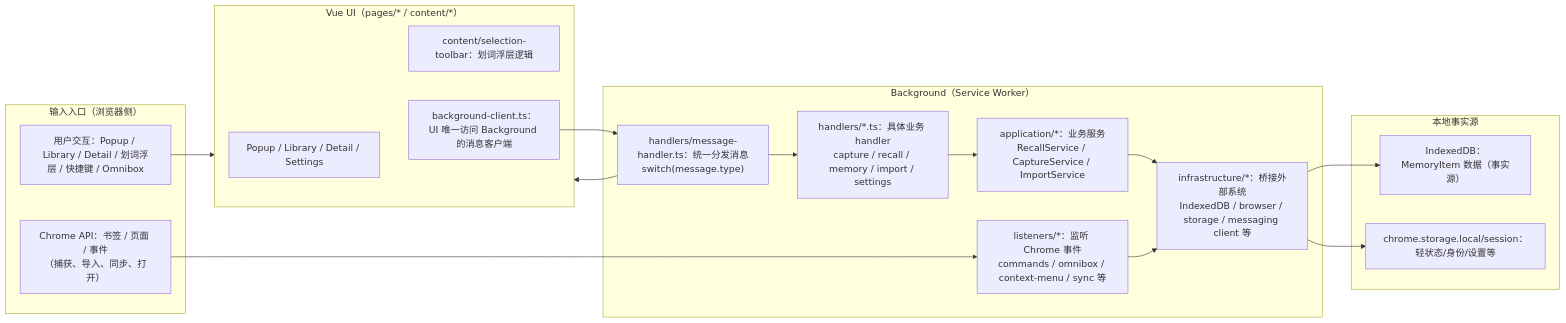
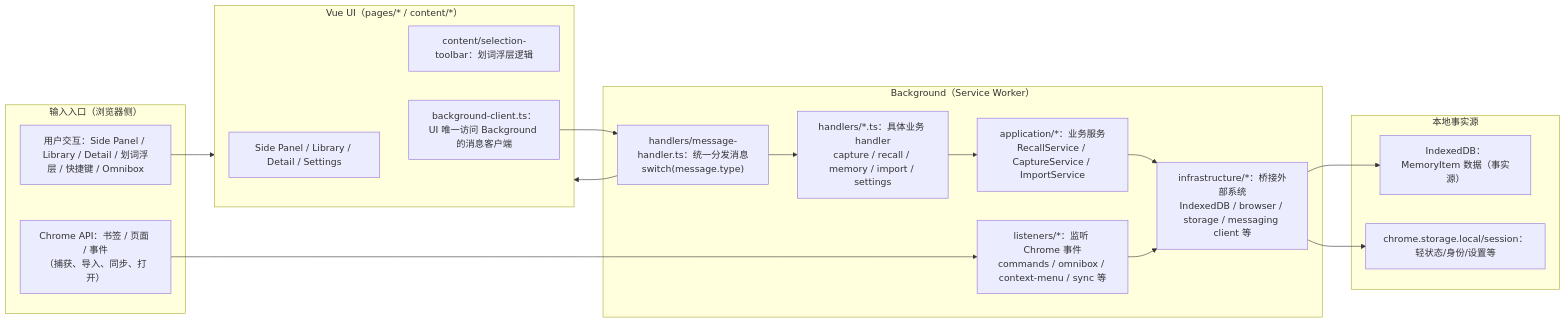
Before and after one commit to yiveno/yiveno: the first of 5 diagrams in docs/architecture/Yiveno-运行时架构流程-v1.md, drawn with Mermaid. The commit also changed other lines of this file and 5 other files, not shown here.

````diff
--- a/docs/architecture/Yiveno-运行时架构流程-v1.md
+++ b/docs/architecture/Yiveno-运行时架构流程-v1.md
@@ -31,40 +31,40 @@
 ```mermaid
 flowchart LR
   subgraph Input["输入入口（浏览器侧）"]
     I1["Chrome API：书签 / 页面 / 事件<br/>（捕获、导入、同步、打开）"]
-    I2["用户交互：Popup / Library / Detail / 划词浮层 / 快捷键 / Omnibox"]
+    I2["用户交互：Side Panel / Library / Detail / 划词浮层 / 快捷键 / Omnibox"]
   end
 
   subgraph BG["Background（Service Worker）"]
     B1["listeners/*：监听 Chrome 事件<br/>commands / omnibox / context-menu / sync 等"]
     B2["handlers/message-handler.ts：统一分发消息<br/>switch(message.type)"]
     B3["handlers/*.ts：具体业务 handler<br/>capture / recall / memory / import / settings"]
     B4["application/*：业务服务<br/>RecallService / CaptureService / ImportService"]
     B5["infrastructure/*：桥接外部系统<br/>IndexedDB / browser / storage / messaging client 等"]
   end
 
   subgraph DB["本地事实源"]
     D1["IndexedDB：MemoryItem 数据（事实源）"]
     D2["chrome.storage.local/session：轻状态/身份/设置等"]
   end
 
   subgraph UI["Vue UI（pages/* / content/*）"]
-    U1["Popup / Library / Detail / Settings"]
+    U1["Side Panel / Library / Detail / Settings"]
     U2["content/selection-toolbar：划词浮层逻辑"]
     U3["background-client.ts：UI 唯一访问 Background 的消息客户端"]
   end
 
   I1 --> B1
   I2 --> UI
   UI --> U3
   U3 --> B2
 
   B2 --> B3
   B3 --> B4
   B4 --> B5
   B5 --> D1
   B5 --> D2
 
   B1 --> B5
   B2 --> UI
 ```
````
